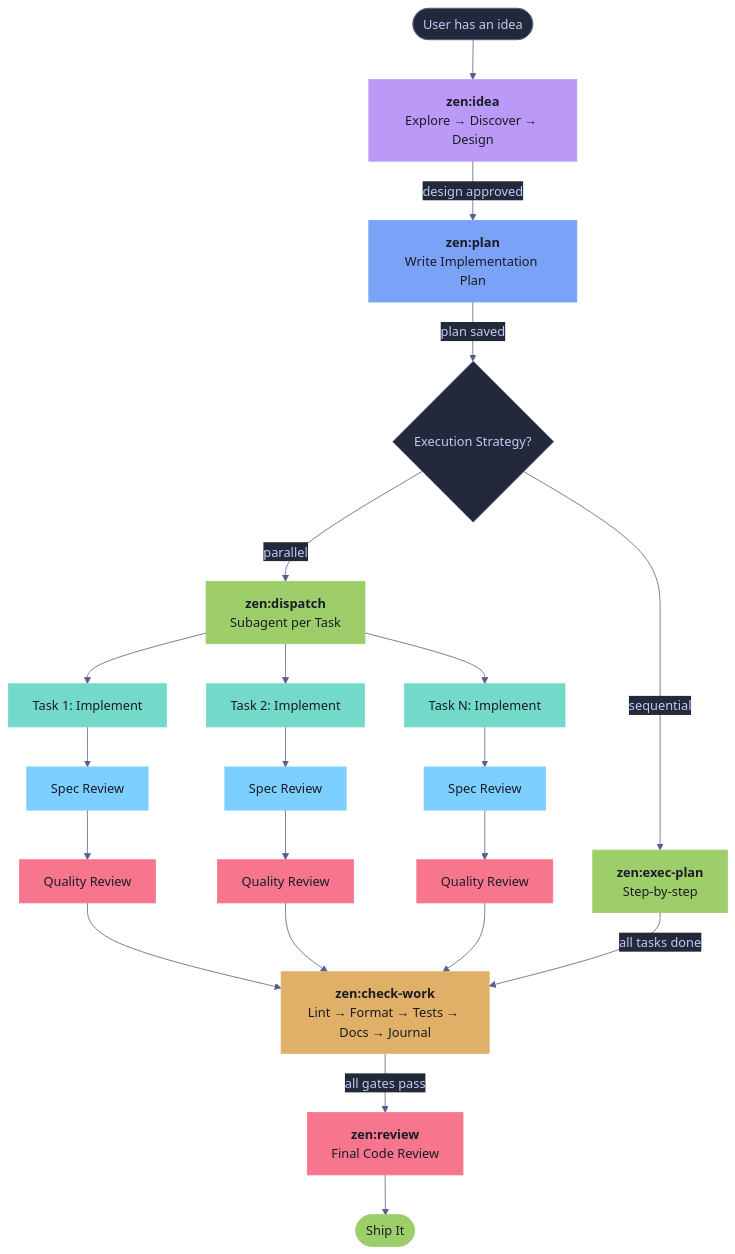
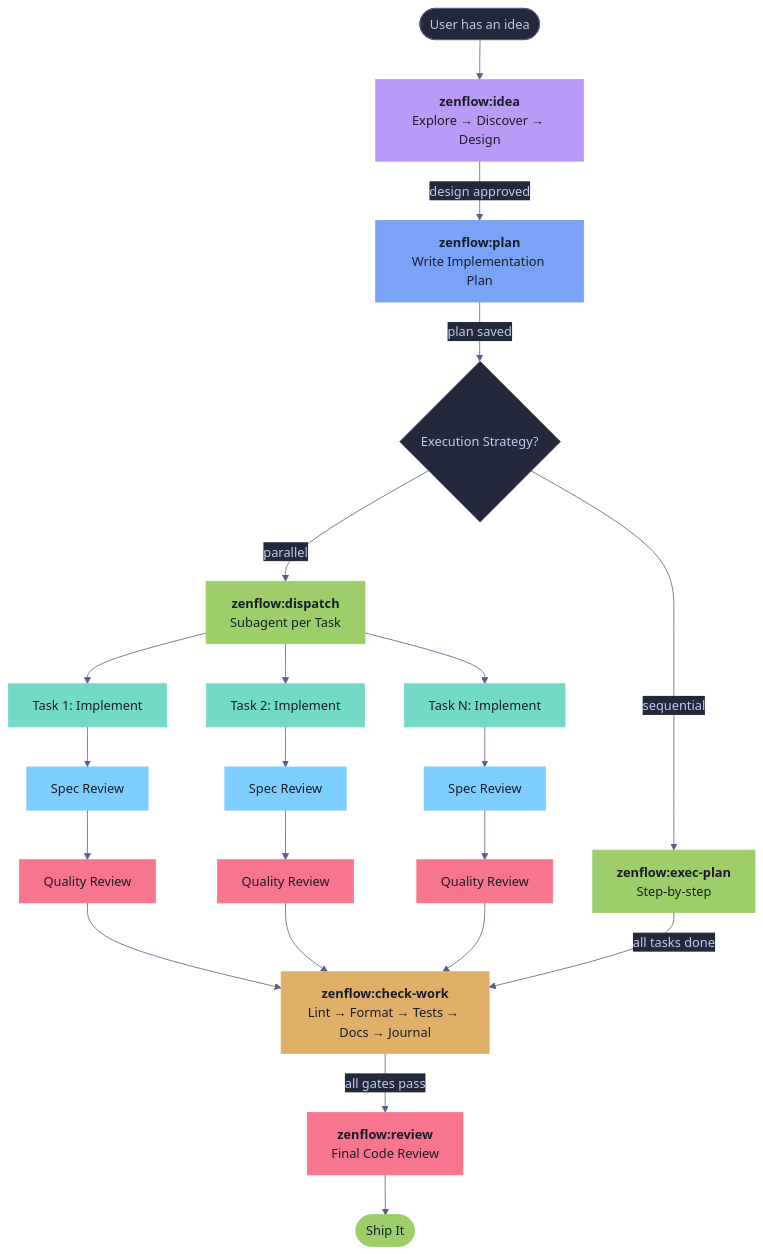
Before and after one commit to brewpirate/zen-flow: the third of 6 diagrams in plugins/zenflow/README.md, drawn with Mermaid. The commit also changed other lines of this file and 46 other files, not shown here.

````diff
--- a/plugins/zenflow/README.md
+++ b/plugins/zenflow/README.md
@@ -315,50 +325,50 @@
 ```mermaid
 %%{init: {'theme': 'base', 'themeVariables': { 'primaryColor': '#1a1b26', 'primaryTextColor': '#c0caf5', 'lineColor': '#565f89', 'secondaryColor': '#24283b', 'tertiaryColor': '#24283b' }}}%%
 flowchart TD
     start([User has an idea]) --> idea
-    idea["<b>zen:idea</b><br/>Explore → Discover → Design"]
+    idea["<b>zenflow:idea</b><br/>Explore → Discover → Design"]
     idea -->|design approved| plan
-    plan["<b>zen:plan</b><br/>Write Implementation Plan"]
+    plan["<b>zenflow:plan</b><br/>Write Implementation Plan"]
     plan -->|"plan saved"| choose{Execution Strategy?}
-    choose -->|parallel| dispatch["<b>zen:dispatch</b><br/>Subagent per Task"]
-    choose -->|sequential| execplan["<b>zen:exec-plan</b><br/>Step-by-step"]
+    choose -->|parallel| dispatch["<b>zenflow:dispatch</b><br/>Subagent per Task"]
+    choose -->|sequential| execplan["<b>zenflow:exec-plan</b><br/>Step-by-step"]
 
     dispatch --> task1["Task 1: Implement"]
     dispatch --> task2["Task 2: Implement"]
     dispatch --> taskN["Task N: Implement"]
     task1 --> specrev1["Spec Review"]
     task2 --> specrev2["Spec Review"]
     taskN --> specrevN["Spec Review"]
     specrev1 --> qualrev1["Quality Review"]
     specrev2 --> qualrev2["Quality Review"]
     specrevN --> qualrevN["Quality Review"]
     qualrev1 --> check
     qualrev2 --> check
     qualrevN --> check
 
     execplan -->|"all tasks done"| check
 
-    check["<b>zen:check-work</b><br/>Lint → Format → Tests → Docs → Journal"]
+    check["<b>zenflow:check-work</b><br/>Lint → Format → Tests → Docs → Journal"]
     check -->|"all gates pass"| review
-    review["<b>zen:review</b><br/>Final Code Review"]
+    review["<b>zenflow:review</b><br/>Final Code Review"]
     review --> done([Ship It])
 
     style start fill:#24283b,color:#c0caf5,stroke:#565f89
     style idea fill:#bb9af7,color:#1a1b26,stroke:#bb9af7
     style plan fill:#7aa2f7,color:#1a1b26,stroke:#7aa2f7
     style choose fill:#24283b,color:#c0caf5,stroke:#565f89
     style dispatch fill:#9ece6a,color:#1a1b26,stroke:#9ece6a
     style execplan fill:#9ece6a,color:#1a1b26,stroke:#9ece6a
     style task1 fill:#73daca,color:#1a1b26,stroke:#73daca
     style task2 fill:#73daca,color:#1a1b26,stroke:#73daca
     style taskN fill:#73daca,color:#1a1b26,stroke:#73daca
     style specrev1 fill:#7dcfff,color:#1a1b26,stroke:#7dcfff
     style specrev2 fill:#7dcfff,color:#1a1b26,stroke:#7dcfff
     style specrevN fill:#7dcfff,color:#1a1b26,stroke:#7dcfff
     style qualrev1 fill:#f7768e,color:#1a1b26,stroke:#f7768e
     style qualrev2 fill:#f7768e,color:#1a1b26,stroke:#f7768e
     style qualrevN fill:#f7768e,color:#1a1b26,stroke:#f7768e
     style check fill:#e0af68,color:#1a1b26,stroke:#e0af68
     style review fill:#f7768e,color:#1a1b26,stroke:#f7768e
     style done fill:#9ece6a,color:#1a1b26,stroke:#9ece6a
 ```
````
